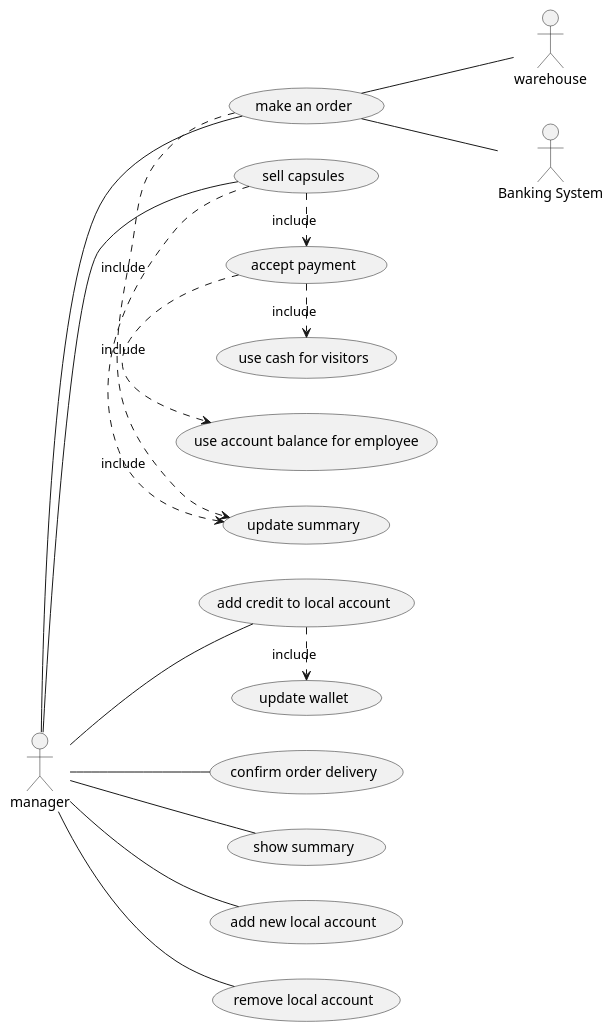
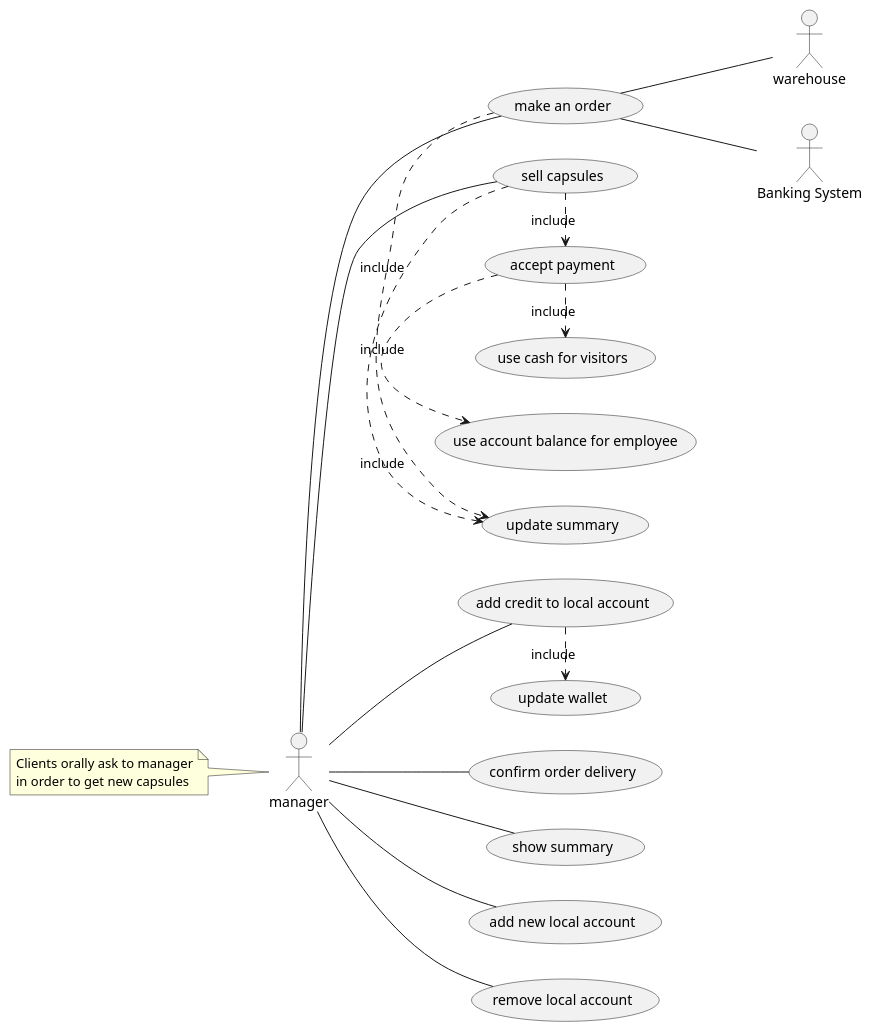
Before and after one commit to DarkSee/LaTazza: the second of 4 diagrams in templates/RequirementsTemplate.md, drawn with PlantUML. The commit also changed other lines of this file, not shown here.

Commit message:
Update note in Use Case Diagram

````diff
--- a/templates/RequirementsTemplate.md
+++ b/templates/RequirementsTemplate.md
@@ -168,29 +167,34 @@
 ```plantuml
 left to right direction
 skinparam packageStyle rectangular
 
 actor warehouse as w
 actor manager as m
+note left 
+        Clients orally ask to manager
+        in order to get new capsules 
+end note
+
 actor "Banking System" as bs
 
 
 m -- (sell capsules)
 m -- (make an order)
 m -- (confirm order delivery)
 m -- (show summary)
 m -- (add credit to local account)
 m -- (add new local account)
 m -- (remove local account)
 
 (make an order) -- bs
 (make an order) -- w
 (make an order) .> (update summary) : include
 
 
 (sell capsules) .> (accept payment): include
 (accept payment) .> (use account balance for employee): include
 (accept payment) .> (use cash for visitors) : include
 (sell capsules) .> (update summary) : include
 (add credit to local account) .> (update wallet) : include
 
 ```
````
